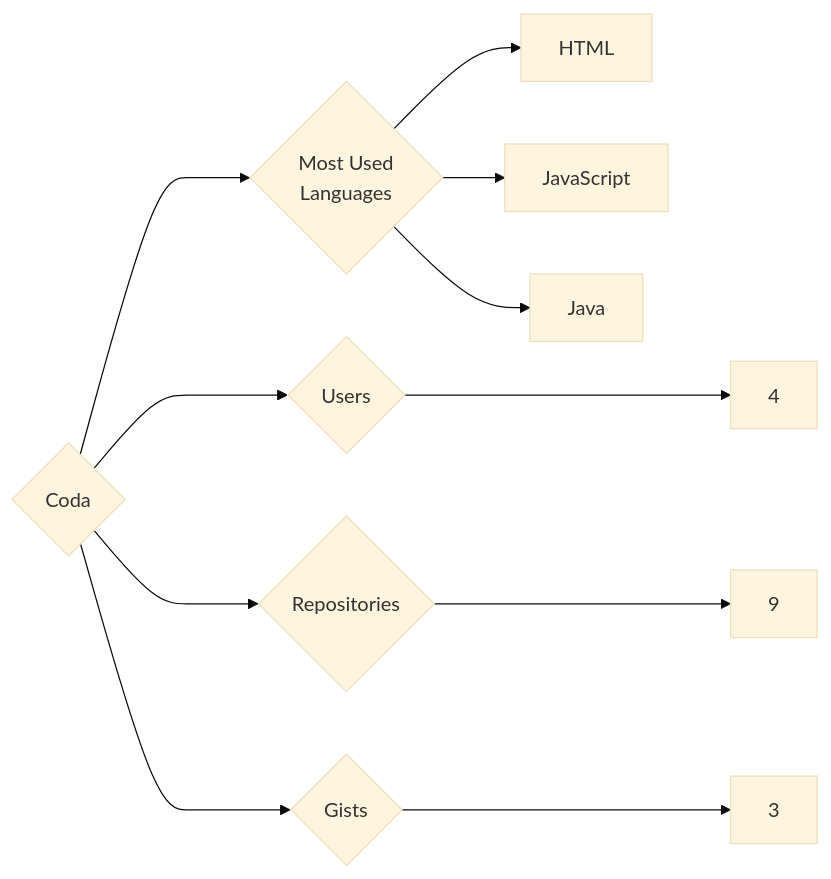
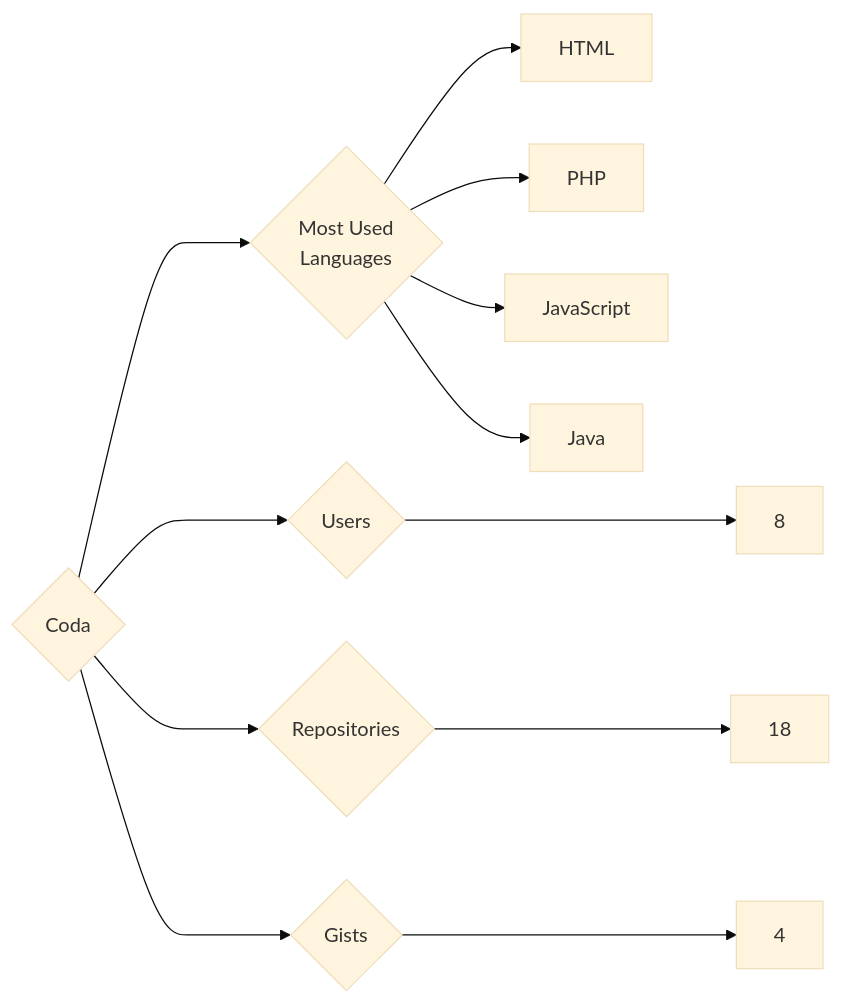
The diagram in targets/Coda/README.md (trickest/insiders), drawn with Mermaid (base theme) before and after one commit. The commit also changed 1170 other files, not shown here.

````diff
--- a/targets/Coda/README.md
+++ b/targets/Coda/README.md
@@ -3,11 +3,12 @@
 ```mermaid
 graph LR
 COMPANY_NAME{Coda}
-COMPANY_NAME ---> U{Users} ---> UN[4]
-COMPANY_NAME ---> R{Repositories} ---> RN[9]
-COMPANY_NAME ---> G{Gists} ---> GN[3]
+COMPANY_NAME ---> U{Users} ---> UN[8]
+COMPANY_NAME ---> R{Repositories} ---> RN[18]
+COMPANY_NAME ---> G{Gists} ---> GN[4]
 COMPANY_NAME ---> ML{Most Used<br>Languages}
 ML --> HTML[HTML]
+ML --> PHP[PHP]
 ML --> JavaScript[JavaScript]
 ML --> Java[Java]
 ```
````
